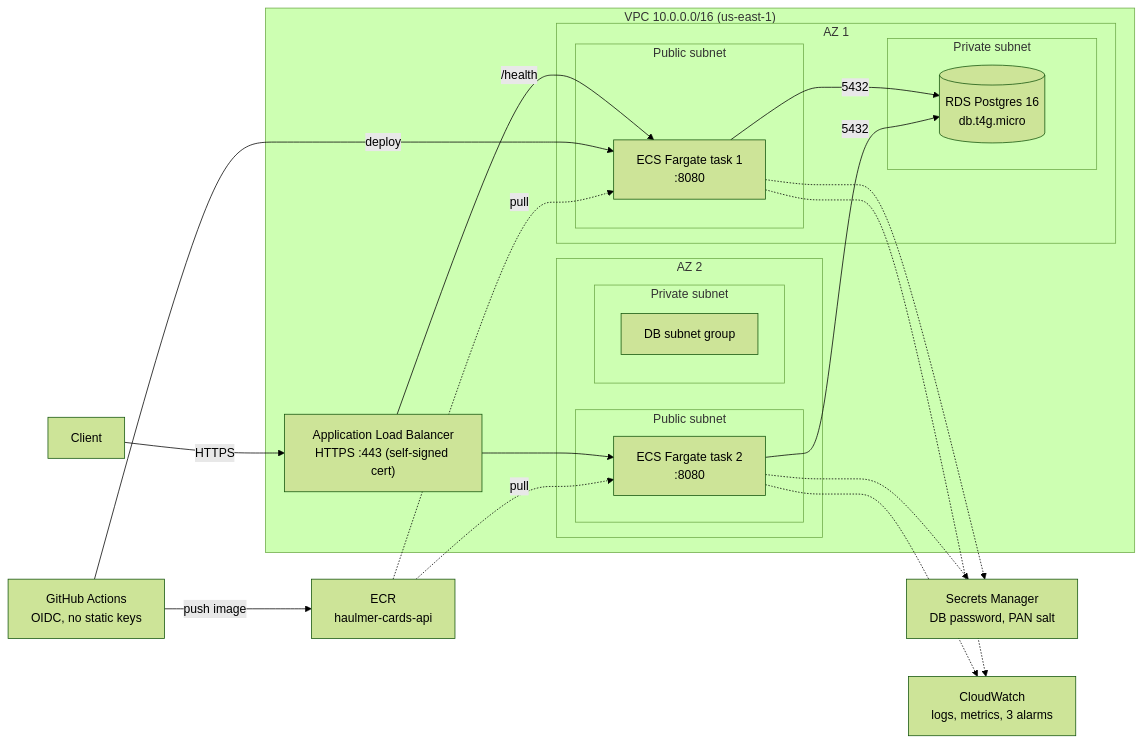
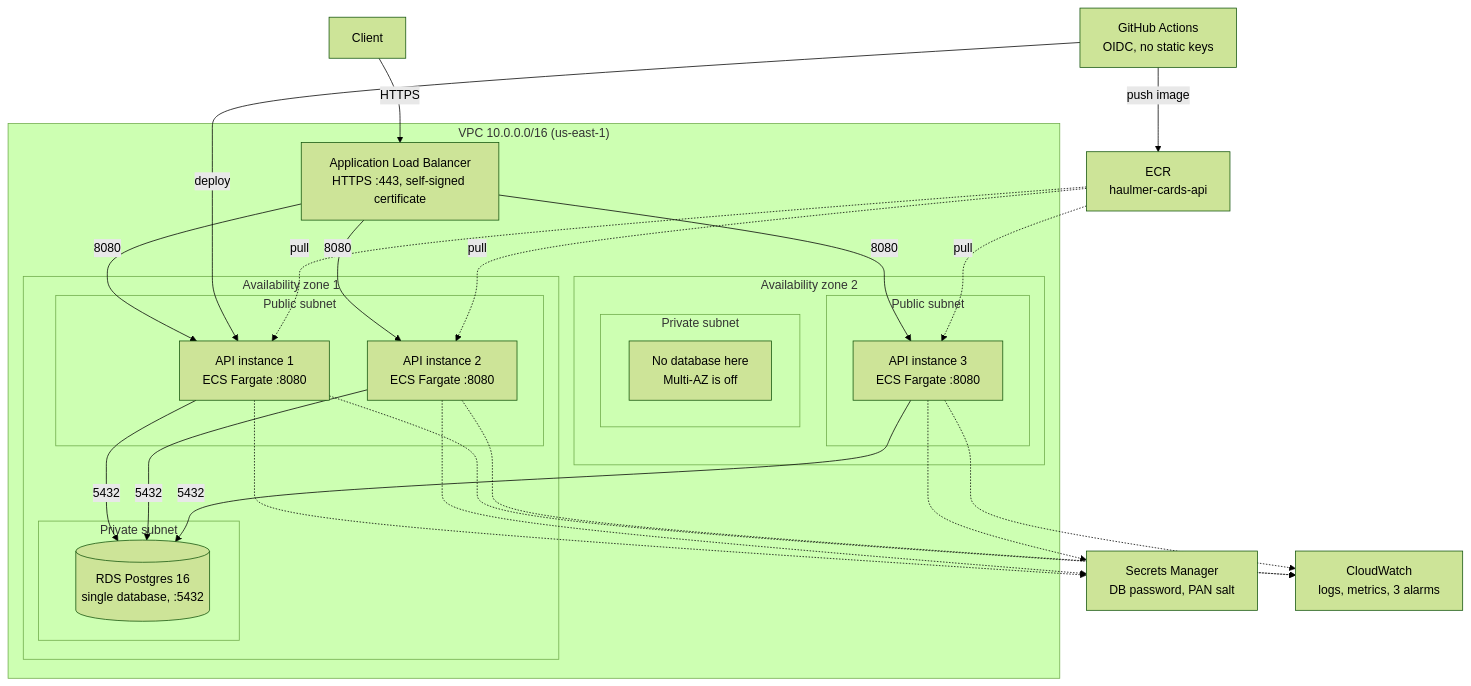
The diagram in README.md (nicolascancino/L3-technical-test-Haulmer), drawn with Mermaid (forest theme) before and after one commit. The commit also changed other lines of this file and 1 other file, not shown here.

Commit message:
docs: run locally with make only, three-instance diagram and instance wording

````diff
--- a/README.md
+++ b/README.md
@@ -9,45 +9,51 @@
 ```mermaid
-flowchart LR
+flowchart TB
     client["Client"]
 
     subgraph vpc["VPC 10.0.0.0/16 (us-east-1)"]
-        alb["Application Load Balancer<br/>HTTPS :443 (self-signed cert)"]
+        alb["Application Load Balancer<br/>HTTPS :443, self-signed certificate"]
 
-        subgraph az1["AZ 1"]
+        subgraph az1["Availability zone 1"]
             subgraph pub1["Public subnet"]
-                t1["ECS Fargate task 1<br/>:8080"]
+                i1["API instance 1<br/>ECS Fargate :8080"]
+                i2["API instance 2<br/>ECS Fargate :8080"]
             end
             subgraph priv1["Private subnet"]
-                db[("RDS Postgres 16<br/>db.t4g.micro")]
+                db[("RDS Postgres 16<br/>single database, :5432")]
             end
         end
 
-        subgraph az2["AZ 2"]
+        subgraph az2["Availability zone 2"]
             subgraph pub2["Public subnet"]
-                t2["ECS Fargate task 2<br/>:8080"]
+                i3["API instance 3<br/>ECS Fargate :8080"]
             end
             subgraph priv2["Private subnet"]
-                dbsub["DB subnet group"]
+                nodb["No database here<br/>Multi-AZ is off"]
             end
         end
     end
 
     ecr["ECR<br/>haulmer-cards-api"]
     secrets["Secrets Manager<br/>DB password, PAN salt"]
     logs["CloudWatch<br/>logs, metrics, 3 alarms"]
     gh["GitHub Actions<br/>OIDC, no static keys"]
 
     client -->|HTTPS| alb
-    alb -->|/health| t1
-    alb --> t2
-    t1 -->|5432| db
-    t2 -->|5432| db
-    t1 -.-> secrets
-    t2 -.-> secrets
-    t1 -.-> logs
-    t2 -.-> logs
+    alb -->|8080| i1
+    alb -->|8080| i2
+    alb -->|8080| i3
+    i1 -->|5432| db
+    i2 -->|5432| db
+    i3 -->|5432| db
+    i1 -.-> secrets
+    i2 -.-> secrets
+    i3 -.-> secrets
+    i1 -.-> logs
+    i2 -.-> logs
+    i3 -.-> logs
     gh -->|push image| ecr
-    gh -->|deploy| t1
-    ecr -.->|pull| t1
-    ecr -.->|pull| t2
+    gh -->|deploy| i1
+    ecr -.->|pull| i1
+    ecr -.->|pull| i2
+    ecr -.->|pull| i3
 ```
````
